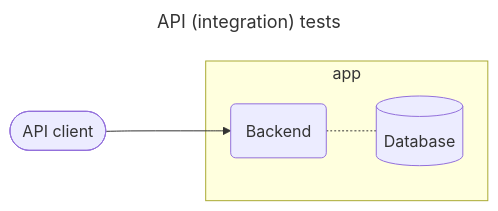
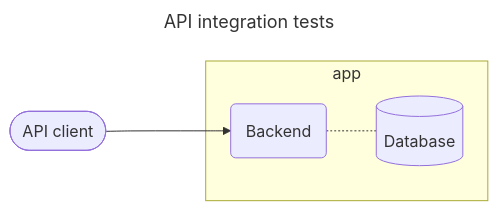
Before and after one commit to kiesraad/abacus: the fifth of 6 diagrams in documentatie/ontwikkelproces/testsoorten-en-testtooling.md, drawn with Mermaid. The commit also changed other lines of this file, not shown here.

````diff
--- a/documentatie/ontwikkelproces/testsoorten-en-testtooling.md
+++ b/documentatie/ontwikkelproces/testsoorten-en-testtooling.md
@@ -106,16 +106,16 @@
 ```mermaid
 ---
-title: API (integration) tests
+title: API integration tests
 ---
 flowchart LR
     be(Backend)
     db[(Database)]
 
     api-client([API client])
 
     api-client ---> be
 
     subgraph app
         be -.- db
     end
 ```
````
